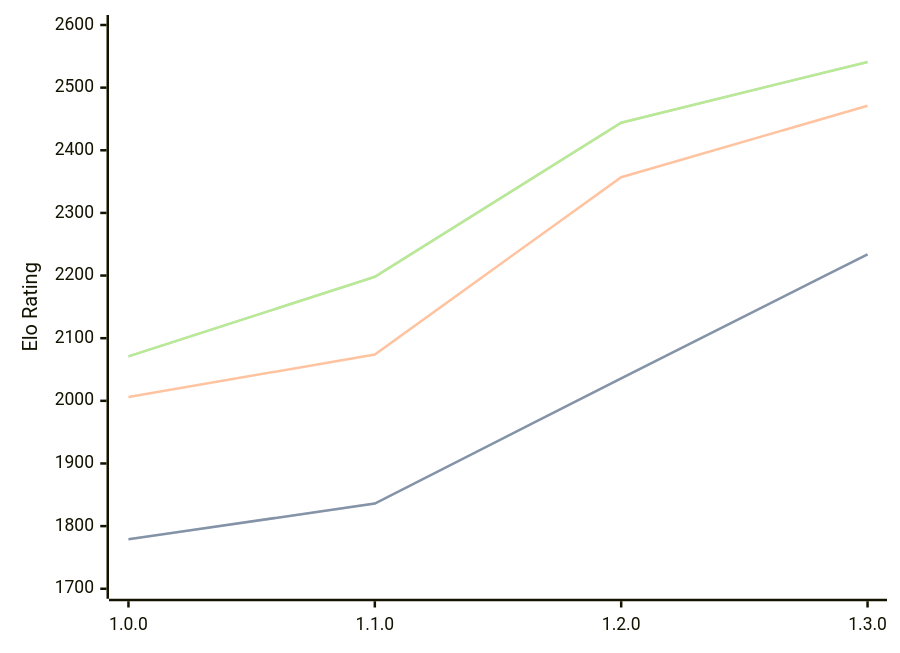
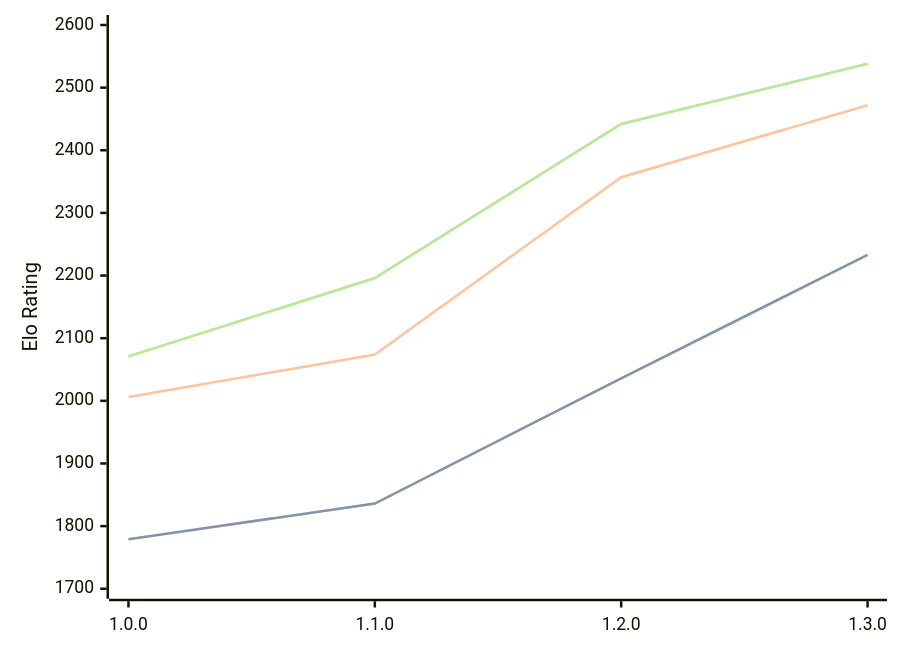
The diagram in engines/Anodos.md (computer-chess-index/cci), drawn with Mermaid before and after one commit. The commit also changed other lines of this file, not shown here.

Commit message:
Update CCI Ratings (ELO VLTC) - 2026-03-08

````diff
--- a/engines/Anodos.md
+++ b/engines/Anodos.md
@@ -43,11 +43,11 @@
 ```mermaid
 %%{init: {"theme":"base","themeVariables":{"seriesColors:['#a3a3a3','#222221','#faa371']}}}%%
 xychart-beta
   x-axis ["1.0.0", "1.1.0", "1.2.0", "1.3.0"]
   y-axis "Elo Rating" 1700 --> 2600
-  line "STC (8.0+0.08s)" [1779, 1836, 2036, 2234]
-  line "STC (8.0+0.08s)" [1779, 1836, 2036, 2234]
-  line "LTC (60.0+0.60s)" [2006, 2074, 2357, 2471]
-  line "VLTC (2m24s+1.12s)" [2071, 2198, 2444, 2541]
-  line "VLTC (2m24s+1.12s)" [2071, 2198, 2444, 2541]
+  line "STC (8.0+0.08s)" [1779, 1836, 2036, 2233]
+  line "STC (8.0+0.08s)" [1779, 1836, 2036, 2233]
+  line "LTC (60.0+0.60s)" [2006, 2074, 2357, 2472]
+  line "VLTC (2m24s+1.12s)" [2071, 2196, 2442, 2538]
+  line "VLTC (2m24s+1.12s)" [2071, 2196, 2442, 2538]
 ```
````
